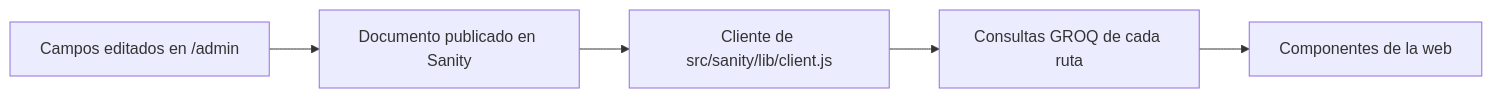
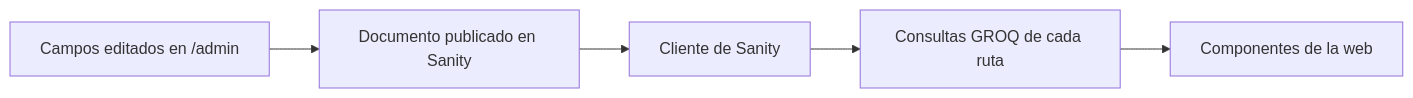
Before and after one commit to Mpinedo04/portafolio-raul: the second of 2 diagrams in docs/GUIA-ADMIN-SANITY-Y-CAMPOS.md, drawn with Mermaid. The commit also changed other lines of this file, not shown here.

Commit message:
docs: fix Mermaid diagrams in Sanity guide

````diff
--- a/docs/GUIA-ADMIN-SANITY-Y-CAMPOS.md
+++ b/docs/GUIA-ADMIN-SANITY-Y-CAMPOS.md
@@ -55,7 +55,7 @@
 ```mermaid
 flowchart LR
-    A[Campos editados en /admin] --> B[Documento publicado en Sanity]
-    B --> C[Cliente de src/sanity/lib/client.js]
-    C --> D[Consultas GROQ de cada ruta]
-    D --> E[Componentes de la web]
+    A["Campos editados en /admin"] --> B["Documento publicado en Sanity"]
+    B --> C["Cliente de Sanity"]
+    C --> D["Consultas GROQ de cada ruta"]
+    D --> E["Componentes de la web"]
 ```
````
